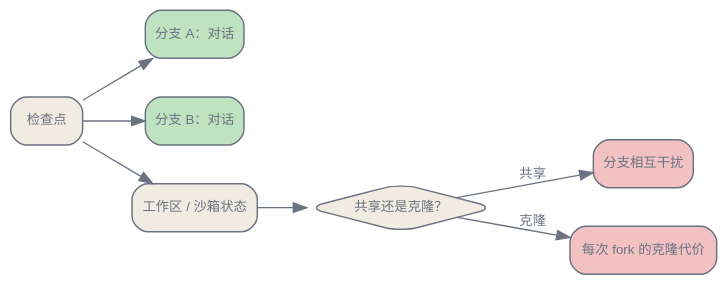
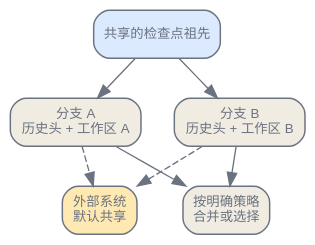
The third of 4 diagrams in zh/orchestration/03-memory-systems.qmd (latere-ai/ai-as-an-infrastructure), drawn with Graphviz before and after one commit. The commit also changed other lines of this file and 2 other files, not shown here.

Commit message:
docs: rewrite Chinese memory systems chapter

````diff
--- a/zh/orchestration/03-memory-systems.qmd
+++ b/zh/orchestration/03-memory-systems.qmd
@@ -154,26 +168,25 @@
 ```{dot}
-//| label: fig-memory-branching
-//| fig-cap: "给对话状态分支是一次廉价的指针操作，而共享工作区则逼出一个二选一：要么分支相互干扰，要么每次 fork 都付克隆代价。"
+//| label: fig-memory-fork-bundle
+//| fig-cap: "分叉共享一个不可变的检查点祖先，同时给每条分支隔离的可写状态。外部系统仍然共享，除非明确克隆或划分命名空间。"
 digraph {
     bgcolor="transparent";
-    rankdir=LR;
-    nodesep=0.4; ranksep=0.5;
+    rankdir=TB;
+    size="3.2,8.0";
+    nodesep=0.35; ranksep=0.42;
     node [shape=box, style="rounded,filled", fontname="Helvetica", fontsize=10, color="#6b7280", fontcolor="#6b7280", fillcolor="#f1ece1", penwidth=1.1];
-    edge [fontsize=10, fontname="Helvetica", color="#6b7280", fontcolor="#6b7280"];
+    edge [fontsize=9, fontname="Helvetica", color="#6b7280", fontcolor="#6b7280"];
 
-    CK [label="检查点"];
-    B1 [label="分支 A：对话", fillcolor="#bfe3c0"];
-    B2 [label="分支 B：对话", fillcolor="#bfe3c0"];
-    W [label="工作区 / 沙箱状态"];
-    C [label="共享还是克隆？", shape=diamond];
-    RACE [label="分支相互干扰", fillcolor="#f2c2c2"];
-    COST [label="每次 fork 的克隆代价", fillcolor="#f2c2c2"];
+    C [label="共享的检查点祖先", fillcolor="#dbeafe"];
+    A [label="分支 A\n历史头 + 工作区 A"];
+    B [label="分支 B\n历史头 + 工作区 B"];
+    E [label="外部系统\n默认共享", fillcolor="#ffe9b3"];
+    M [label="按明确策略\n合并或选择"];
 
-    CK -> B1;
-    CK -> B2;
-    CK -> W;
-    W -> C;
-    C -> RACE [label="共享"];
-    C -> COST [label="克隆"];
+    C -> A;
+    C -> B;
+    A -> E [style=dashed];
+    B -> E [style=dashed];
+    A -> M;
+    B -> M;
 }
 ```
````
